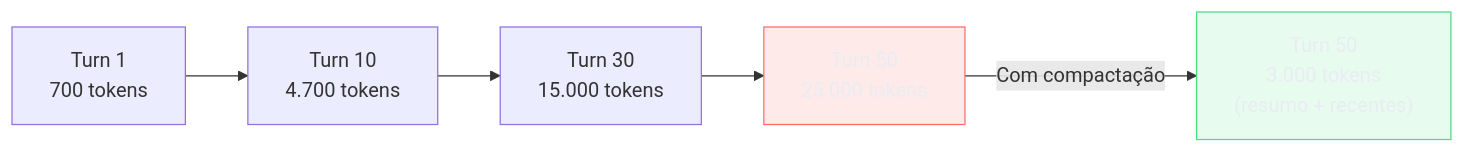
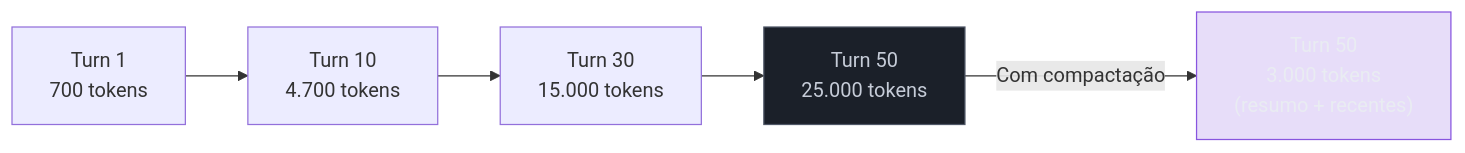
Before and after one commit to josenaldo/codex-technomanticus: the diagram in 03-Dominios/Tecnologia/IA/Economia de Tokens/08 - Compactação de histórico em agentes.md, drawn with Mermaid. The commit also changed 601 other files, not shown here.

````diff
--- a/03-Dominios/Tecnologia/IA/Economia de Tokens/08 - Compactação de histórico em agentes.md
+++ b/03-Dominios/Tecnologia/IA/Economia de Tokens/08 - Compactação de histórico em agentes.md
@@ -42,13 +42,13 @@
 ```mermaid
 flowchart LR
-    classDef falha fill:#FF6B6B24,stroke:#FF6B6B,color:#E9ECF2
-    classDef ok fill:#4ADE8021,stroke:#4ADE80,color:#E9ECF2
+    classDef marca fill:#8855DF33,stroke:#8855DF,color:#E9ECF2
+    classDef neutro fill:#1B2029,stroke:#4E5666,color:#C6CCD8
     A["Turn 1\n700 tokens"] --> B["Turn 10\n4.700 tokens"]
     B --> C["Turn 30\n15.000 tokens"]
     C --> D["Turn 50\n25.000 tokens"]
     
     D -->|"Com compactação"| E["Turn 50\n3.000 tokens\n(resumo + recentes)"]
     
-    class D falha
-    class E ok
+    class D neutro
+    class E marca
 ```
````
